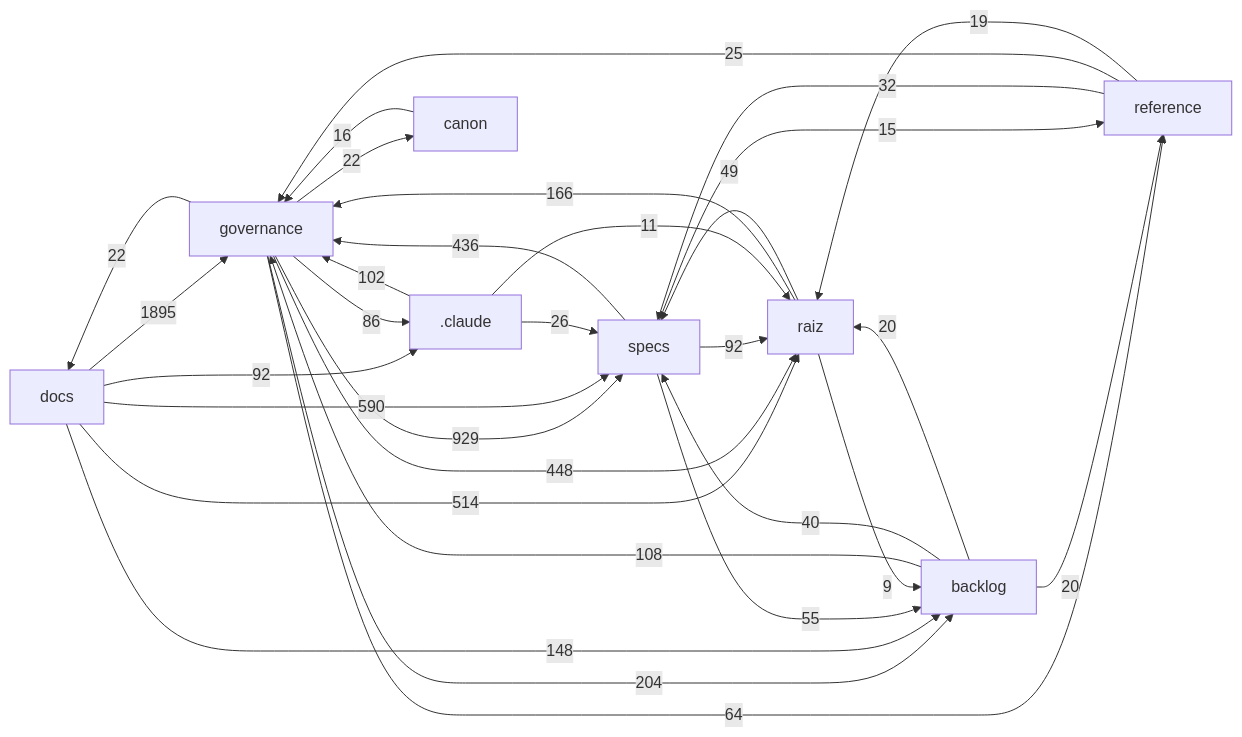
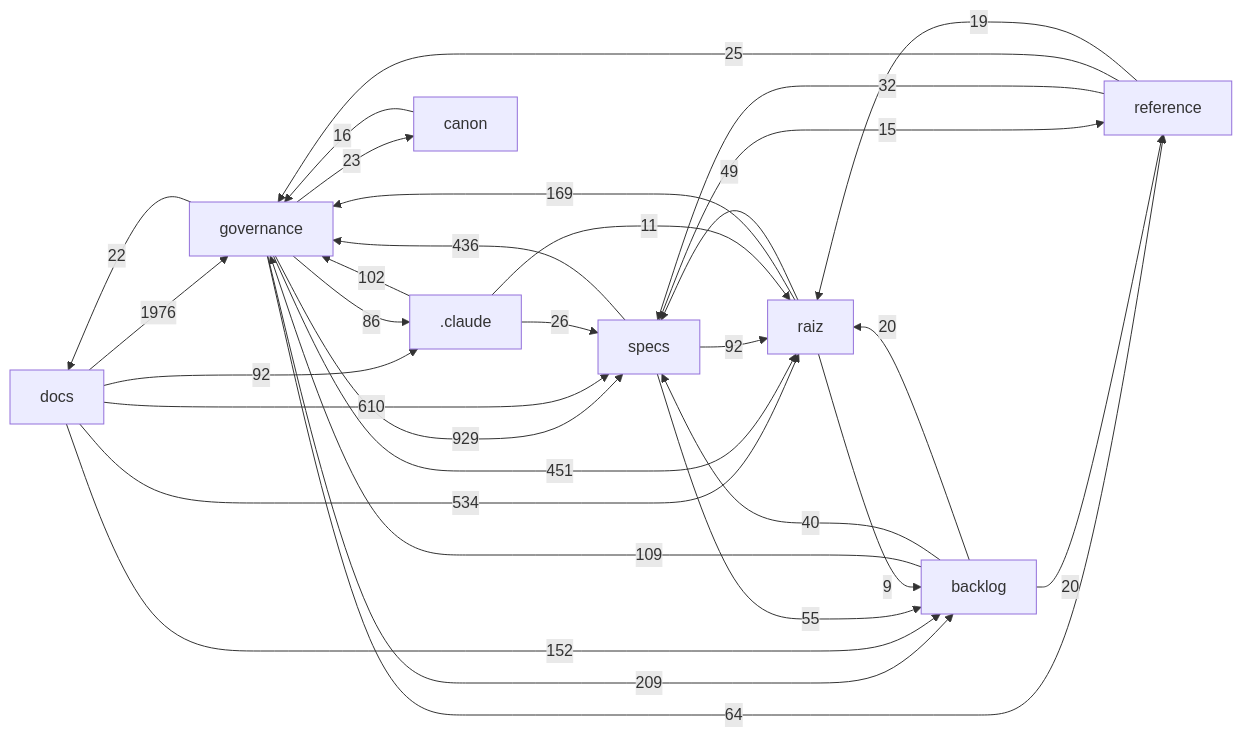
Before and after one commit to Andraus35/Sistema-Operacional-de-Trading--SOT: the diagram in docs/mapa/MAPA-PROJETO.md, drawn with Mermaid. The commit also changed other lines of this file and 21 other files, not shown here.

````diff
--- a/docs/mapa/MAPA-PROJETO.md
+++ b/docs/mapa/MAPA-PROJETO.md
@@ -29,33 +29,33 @@
 ```mermaid
 flowchart LR
-  docs["docs"] -->|1895| governance["governance"]
+  docs["docs"] -->|1976| governance["governance"]
   governance["governance"] -->|929| specs["specs"]
-  docs["docs"] -->|590| specs["specs"]
-  docs["docs"] -->|514| raiz["raiz"]
-  governance["governance"] -->|448| raiz["raiz"]
+  docs["docs"] -->|610| specs["specs"]
+  docs["docs"] -->|534| raiz["raiz"]
+  governance["governance"] -->|451| raiz["raiz"]
   specs["specs"] -->|436| governance["governance"]
-  governance["governance"] -->|204| backlog["backlog"]
-  raiz["raiz"] -->|166| governance["governance"]
-  docs["docs"] -->|148| backlog["backlog"]
-  backlog["backlog"] -->|108| governance["governance"]
+  governance["governance"] -->|209| backlog["backlog"]
+  raiz["raiz"] -->|169| governance["governance"]
+  docs["docs"] -->|152| backlog["backlog"]
+  backlog["backlog"] -->|109| governance["governance"]
   _claude[".claude"] -->|102| governance["governance"]
   docs["docs"] -->|92| _claude[".claude"]
   specs["specs"] -->|92| raiz["raiz"]
   governance["governance"] -->|86| _claude[".claude"]
   governance["governance"] -->|64| reference["reference"]
   specs["specs"] -->|55| backlog["backlog"]
   raiz["raiz"] -->|49| specs["specs"]
   backlog["backlog"] -->|40| specs["specs"]
   reference["reference"] -->|32| specs["specs"]
   _claude[".claude"] -->|26| specs["specs"]
   reference["reference"] -->|25| governance["governance"]
+  governance["governance"] -->|23| canon["canon"]
   governance["governance"] -->|22| docs["docs"]
-  governance["governance"] -->|22| canon["canon"]
   backlog["backlog"] -->|20| raiz["raiz"]
   backlog["backlog"] -->|20| reference["reference"]
   reference["reference"] -->|19| raiz["raiz"]
   canon["canon"] -->|16| governance["governance"]
   specs["specs"] -->|15| reference["reference"]
   _claude[".claude"] -->|11| raiz["raiz"]
   raiz["raiz"] -->|9| backlog["backlog"]
 ```
````
